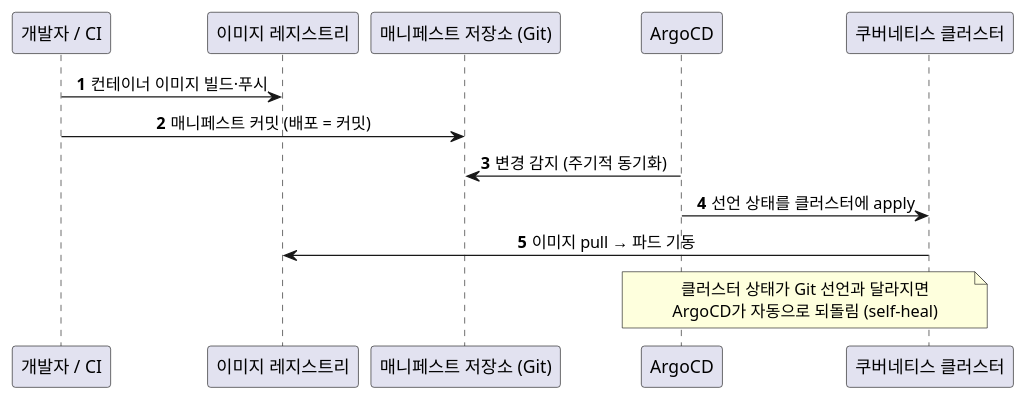
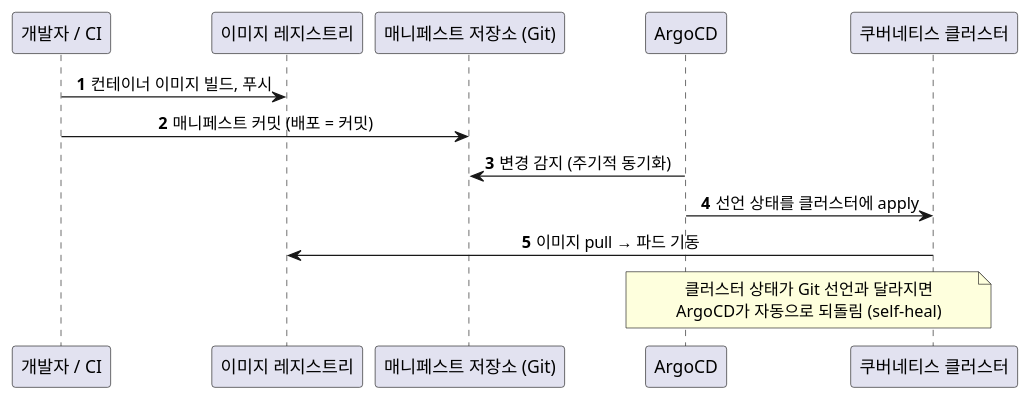
The third of 4 diagrams in blog/2026-09-17-kubernetes-basics-to-gitops.mdx (johnycho/johny-dev), drawn with PlantUML before and after one commit. The commit also changed other lines of this file and 188 other files, not shown here.

````diff
--- a/blog/2026-09-17-kubernetes-basics-to-gitops.mdx
+++ b/blog/2026-09-17-kubernetes-basics-to-gitops.mdx
@@ -221,18 +221,18 @@
 ```plantuml
 @startuml
 skinparam defaultTextAlignment center
 autonumber
 participant "개발자 / CI" as dev
 participant "이미지 레지스트리" as reg
 participant "매니페스트 저장소 (Git)" as git
 participant "ArgoCD" as argo
 participant "쿠버네티스 클러스터" as k8s
 
-dev -> reg : 컨테이너 이미지 빌드·푸시
+dev -> reg : 컨테이너 이미지 빌드, 푸시
 dev -> git : 매니페스트 커밋 (배포 = 커밋)
 argo -> git : 변경 감지 (주기적 동기화)
 argo -> k8s : 선언 상태를 클러스터에 apply
 k8s -> reg : 이미지 pull → 파드 기동
 note over argo, k8s : 클러스터 상태가 Git 선언과 달라지면\nArgoCD가 자동으로 되돌림 (self-heal)
 @enduml
 ```
````
